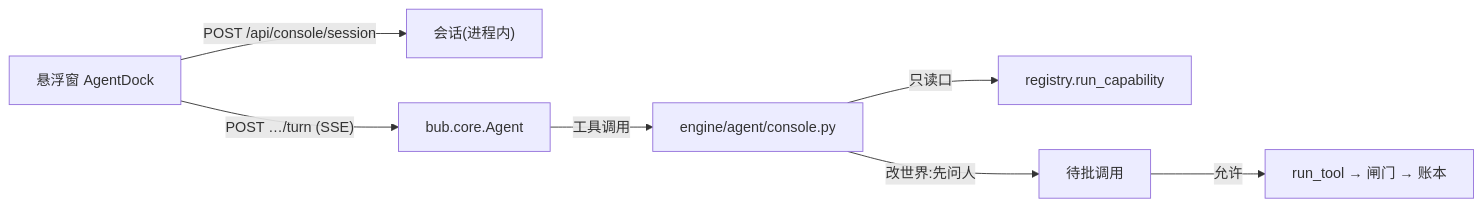
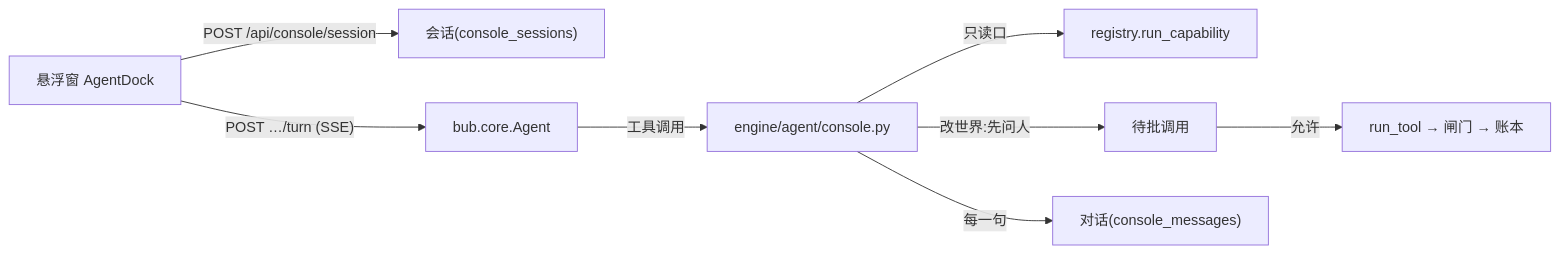
One commit to ChenXu233/GweiOps changed the diagram in docs/reference/runtime.md. Above: the diagram before and after it, drawn with Mermaid. The commit also changed other lines of this file and 12 other files, not shown here.

First line of the commit message:
fix(console-agent): 权限按调用者现算、对话落库、模型交给 bub 自己的 provider

````diff
--- a/docs/reference/runtime.md
+++ b/docs/reference/runtime.md
@@ -100,9 +100,10 @@
 ```mermaid
 flowchart LR
-  UI["悬浮窗 AgentDock"] -->|"POST /api/console/session"| S["会话(进程内)"]
+  UI["悬浮窗 AgentDock"] -->|"POST /api/console/session"| S["会话(console_sessions)"]
   UI -->|"POST …/turn (SSE)"| L["bub.core.Agent"]
   L -->|"工具调用"| C["engine/agent/console.py"]
   C -->|"只读口"| R["registry.run_capability"]
   C -->|"改世界:先问人"| P["待批调用"]
   P -->|"允许"| T["run_tool → 闸门 → 账本"]
+  C -->|"每一句"| M["对话(console_messages)"]
 ```
````
